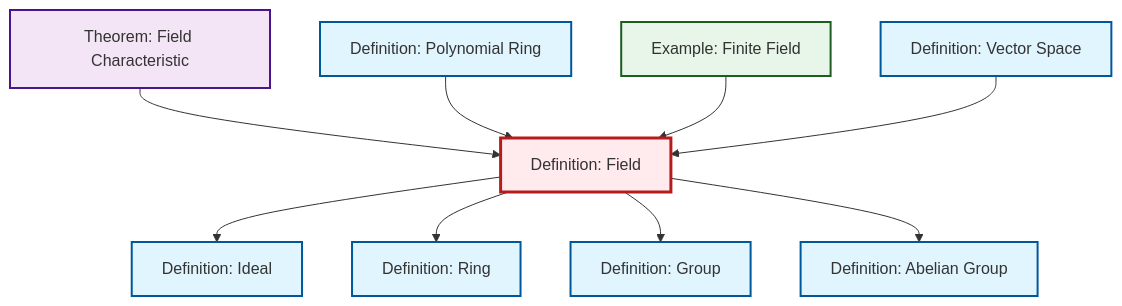
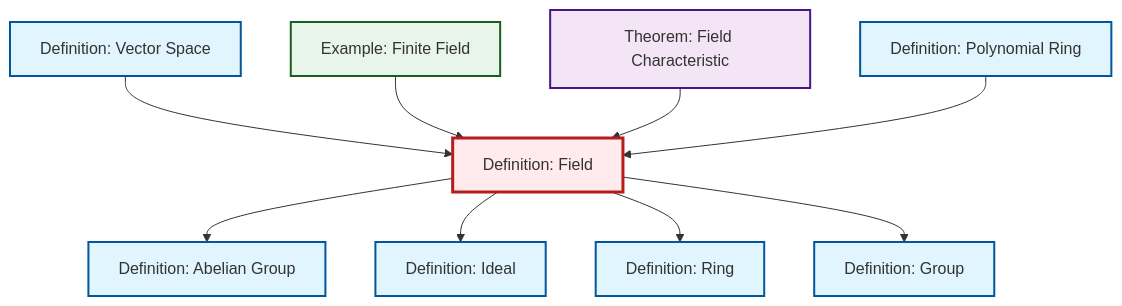
One commit to RK0429/ModernMath changed the diagram in content/en/algebra/def-field.qmd. Above: the diagram before and after it, drawn with Mermaid. The commit also changed other lines of this file and 360 other files, not shown here.

````diff
--- a/content/en/algebra/def-field.qmd
+++ b/content/en/algebra/def-field.qmd
@@ -54,35 +54,35 @@
 ```{mermaid}
 %%| fig-cap: "Local dependency graph"
 graph TD
     classDef definition fill:#e1f5fe,stroke:#01579b,stroke-width:2px
     classDef theorem fill:#f3e5f5,stroke:#4a148c,stroke-width:2px
     classDef axiom fill:#fff3e0,stroke:#e65100,stroke-width:2px
     classDef example fill:#e8f5e9,stroke:#1b5e20,stroke-width:2px
     classDef current fill:#ffebee,stroke:#b71c1c,stroke-width:3px
+    thm-field-characteristic["Theorem: Field Characteristic"]:::theorem
     def-abelian-group["Definition: Abelian Group"]:::definition
+    def-ideal["Definition: Ideal"]:::definition
+    def-field["Definition: Field"]:::definition
     ex-finite-field["Example: Finite Field"]:::example
-    def-field["Definition: Field"]:::definition
+    def-vector-space["Definition: Vector Space"]:::definition
+    def-polynomial-ring["Definition: Polynomial Ring"]:::definition
     def-group["Definition: Group"]:::definition
-    def-ideal["Definition: Ideal"]:::definition
-    def-polynomial-ring["Definition: Polynomial Ring"]:::definition
-    def-vector-space["Definition: Vector Space"]:::definition
     def-ring["Definition: Ring"]:::definition
-    thm-field-characteristic["Theorem: Field Characteristic"]:::theorem
-    thm-field-characteristic --> def-field
-    def-polynomial-ring --> def-field
+    def-vector-space --> def-field
+    def-field --> def-abelian-group
     ex-finite-field --> def-field
     def-field --> def-ideal
+    thm-field-characteristic --> def-field
     def-field --> def-ring
-    def-vector-space --> def-field
     def-field --> def-group
-    def-field --> def-abelian-group
+    def-polynomial-ring --> def-field
     class def-field current
+    click thm-field-characteristic "thm-field-characteristic.html" "Go to Field Characteristic theorem"
     click def-abelian-group "def-abelian-group.html" "Go to Abelian Group definition"
+    click def-ideal "def-ideal.html" "Go to Ideal definition"
     click ex-finite-field "ex-finite-field.html" "Go to Finite Field example"
+    click def-vector-space "def-vector-space.html" "Go to Vector Space definition"
+    click def-polynomial-ring "def-polynomial-ring.html" "Go to Polynomial Ring definition"
     click def-group "def-group.html" "Go to Group definition"
-    click def-ideal "def-ideal.html" "Go to Ideal definition"
-    click def-polynomial-ring "def-polynomial-ring.html" "Go to Polynomial Ring definition"
-    click def-vector-space "def-vector-space.html" "Go to Vector Space definition"
     click def-ring "def-ring.html" "Go to Ring definition"
-    click thm-field-characteristic "thm-field-characteristic.html" "Go to Field Characteristic theorem"
 ```
````
